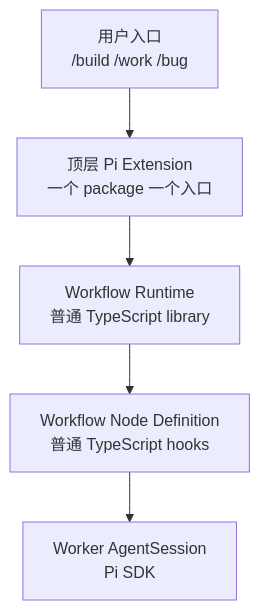
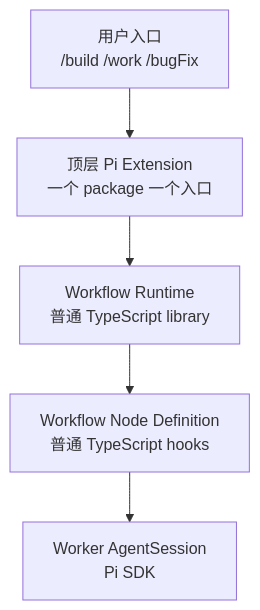
One commit to ZHOUKAILIAN/my-pi-extension changed the sixth of 10 diagrams in docs/00-repository-organization/technical-design.md. Above: the diagram before and after it, drawn with Mermaid. The commit also changed other lines of this file and 29 other files, not shown here.

````diff
--- a/docs/00-repository-organization/technical-design.md
+++ b/docs/00-repository-organization/technical-design.md
@@ -218,10 +218,10 @@
 ```mermaid
 flowchart TB
-    command[用户入口<br/>/build /work /bug]
+    command[用户入口<br/>/build /work /bugFix]
     extension[顶层 Pi Extension<br/>一个 package 一个入口]
     runtime[Workflow Runtime<br/>普通 TypeScript library]
     node[Workflow Node Definition<br/>普通 TypeScript hooks]
     worker[Worker AgentSession<br/>Pi SDK]
 
     command --> extension --> runtime --> node --> worker
 ```
````
